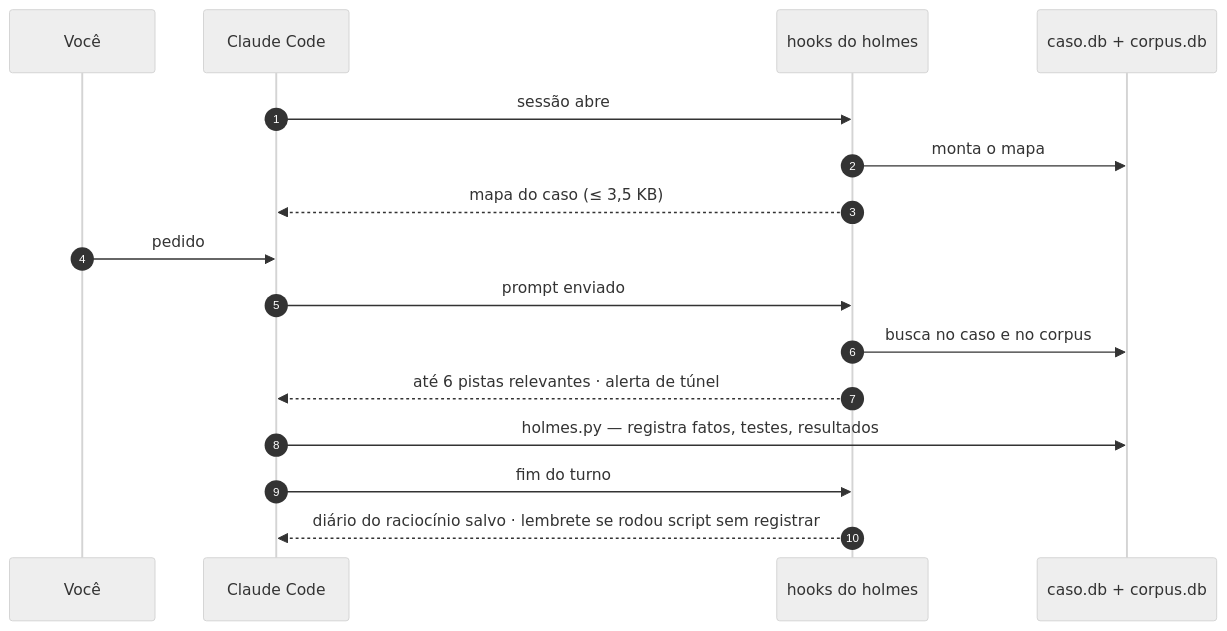
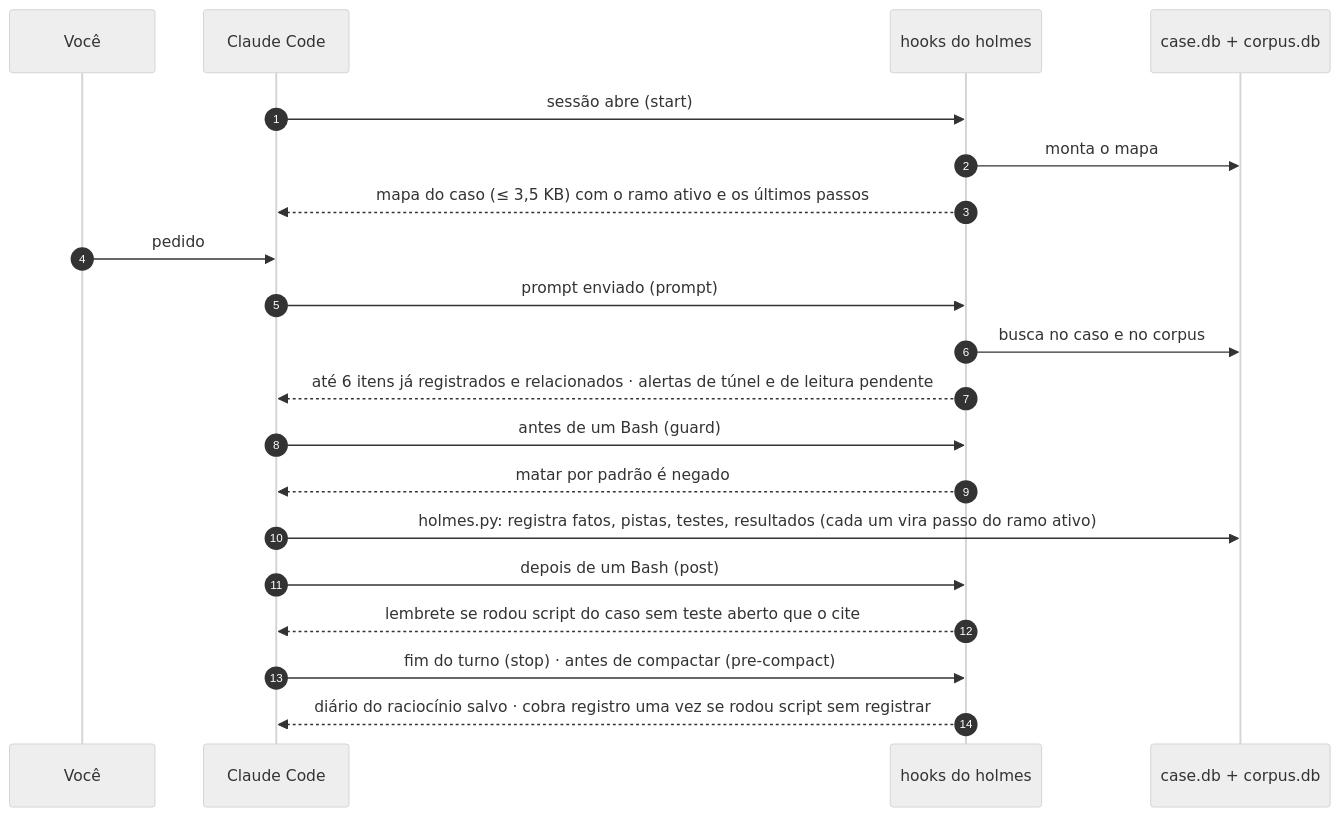
One commit to jhonymiler/holmes changed the second of 2 diagrams in README.pt-BR.md. Above: the diagram before and after it, drawn with Mermaid (neutral theme). The commit also changed other lines of this file and 74 other files, not shown here.

````diff
--- a/README.pt-BR.md
+++ b/README.pt-BR.md
@@ -77,18 +95,22 @@
 ```mermaid
 sequenceDiagram
     autonumber
     participant U as Você
     participant C as Claude Code
     participant H as hooks do holmes
-    participant DB as caso.db + corpus.db
-    C->>H: sessão abre
+    participant DB as case.db + corpus.db
+    C->>H: sessão abre (start)
     H->>DB: monta o mapa
-    H-->>C: mapa do caso (≤ 3,5 KB)
+    H-->>C: mapa do caso (≤ 3,5 KB) com o ramo ativo e os últimos passos
     U->>C: pedido
-    C->>H: prompt enviado
+    C->>H: prompt enviado (prompt)
     H->>DB: busca no caso e no corpus
-    H-->>C: até 6 pistas relevantes · alerta de túnel
-    C->>DB: holmes.py — registra fatos, testes, resultados
-    C->>H: fim do turno
-    H-->>C: diário do raciocínio salvo · lembrete se rodou script sem registrar
+    H-->>C: até 6 itens já registrados e relacionados · alertas de túnel e de leitura pendente
+    C->>H: antes de um Bash (guard)
+    H-->>C: matar por padrão é negado
+    C->>DB: holmes.py: registra fatos, pistas, testes, resultados (cada um vira passo do ramo ativo)
+    C->>H: depois de um Bash (post)
+    H-->>C: lembrete se rodou script do caso sem teste aberto que o cite
+    C->>H: fim do turno (stop) · antes de compactar (pre-compact)
+    H-->>C: diário do raciocínio salvo · cobra registro uma vez se rodou script sem registrar
 ```
````
